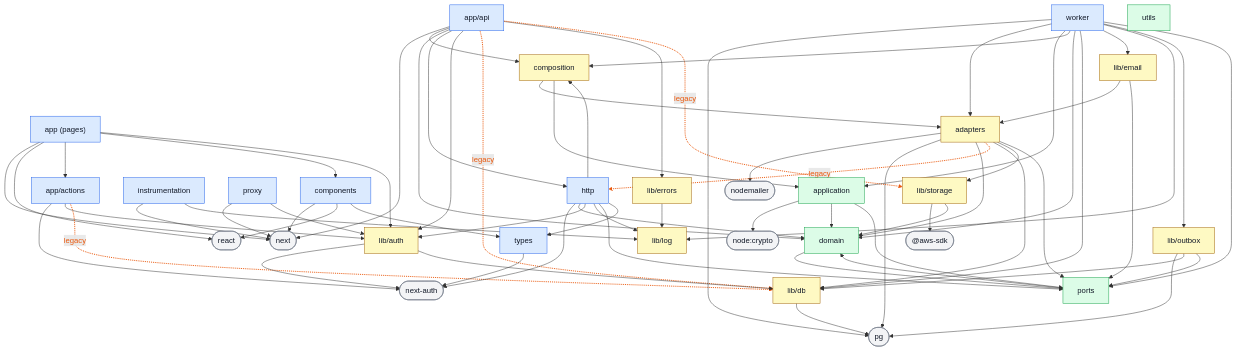
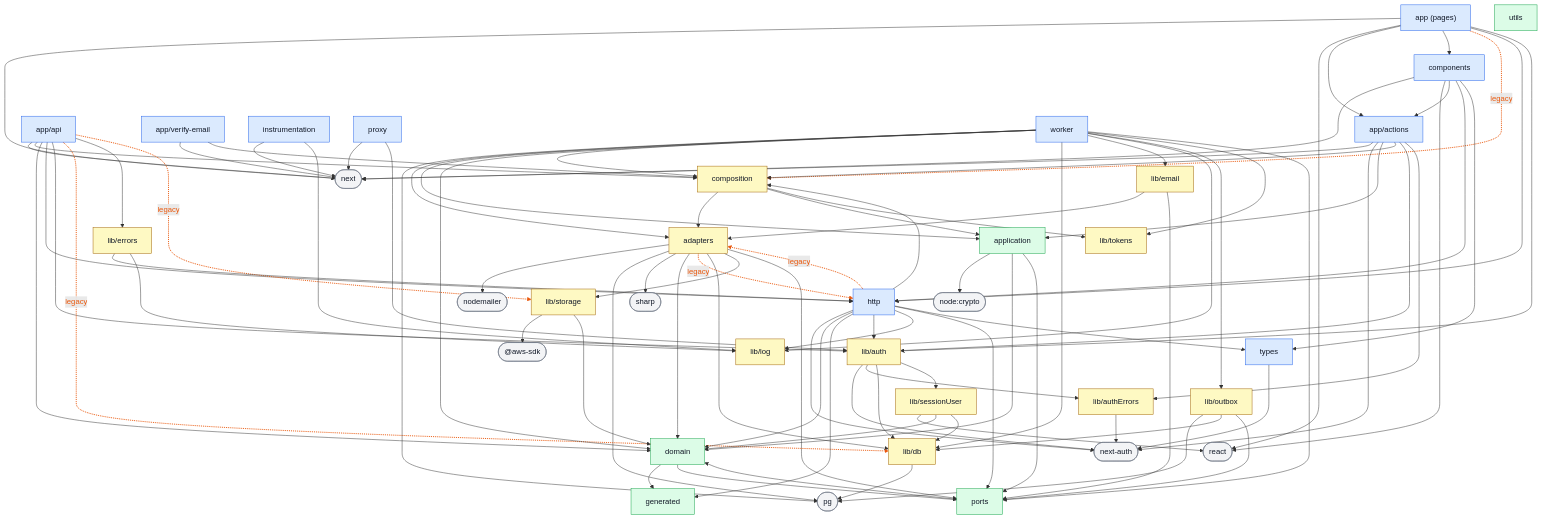
One commit to 2-MORGAN/expense-io changed the diagram in docs/architecture/layers.mmd. Above: the diagram before and after it, drawn with Mermaid. The commit also changed 3 other files, not shown here.

First line of the commit message:
test(architecture): matrice à jour du code de 2-486 et 2-496

```diff
--- a/docs/architecture/layers.mmd
+++ b/docs/architecture/layers.mmd
@@ -1,106 +1,134 @@
 flowchart TB
   %% Généré par npm run generate:architecture (scripts/architecture) : ne pas modifier à la main.
   m_app["app (pages)"]
   m_app_2f_actions["app/actions"]
   m_app_2f_api["app/api"]
+  m_app_2f_verify_2d_email["app/verify-email"]
   m_components["components"]
   m_http["http"]
   m_instrumentation["instrumentation"]
   m_proxy["proxy"]
   m_types["types"]
   m_worker["worker"]
   m_application["application"]
   m_domain["domain"]
+  m_generated["generated"]
   m_ports["ports"]
   m_utils["utils"]
   m_adapters["adapters"]
   m_composition["composition"]
   m_lib_2f_auth["lib/auth"]
+  m_lib_2f_authErrors["lib/authErrors"]
   m_lib_2f_db["lib/db"]
   m_lib_2f_email["lib/email"]
   m_lib_2f_errors["lib/errors"]
   m_lib_2f_log["lib/log"]
   m_lib_2f_outbox["lib/outbox"]
+  m_lib_2f_sessionUser["lib/sessionUser"]
   m_lib_2f_storage["lib/storage"]
+  m_lib_2f_tokens["lib/tokens"]
   p__40_aws_2d_sdk(["@aws-sdk"])
   p_next(["next"])
   p_next_2d_auth(["next-auth"])
   p_node_3a_crypto(["node:crypto"])
   p_nodemailer(["nodemailer"])
   p_pg(["pg"])
   p_react(["react"])
+  p_sharp(["sharp"])
   m_adapters --> p_nodemailer
   m_adapters --> p_pg
+  m_adapters --> p_sharp
   m_adapters --> m_domain
   m_adapters -.->|"legacy"| m_http
   m_adapters --> m_lib_2f_db
   m_adapters --> m_lib_2f_storage
   m_adapters --> m_ports
   m_app --> p_next
   m_app --> p_react
   m_app --> m_app_2f_actions
   m_app --> m_components
+  m_app -.->|"legacy"| m_composition
+  m_app --> m_http
   m_app --> m_lib_2f_auth
+  m_app_2f_actions --> p_next
   m_app_2f_actions --> p_next_2d_auth
+  m_app_2f_actions --> m_application
+  m_app_2f_actions --> m_composition
   m_app_2f_actions --> m_lib_2f_auth
-  m_app_2f_actions -.->|"legacy"| m_lib_2f_db
+  m_app_2f_actions --> m_lib_2f_authErrors
   m_app_2f_api --> p_next
   m_app_2f_api --> m_composition
   m_app_2f_api --> m_domain
   m_app_2f_api --> m_http
   m_app_2f_api --> m_lib_2f_auth
   m_app_2f_api -.->|"legacy"| m_lib_2f_db
   m_app_2f_api --> m_lib_2f_errors
   m_app_2f_api -.->|"legacy"| m_lib_2f_storage
+  m_app_2f_verify_2d_email --> p_next
+  m_app_2f_verify_2d_email --> m_composition
   m_application --> p_node_3a_crypto
   m_application --> m_domain
   m_application --> m_ports
   m_components --> p_next
   m_components --> p_react
+  m_components --> m_app_2f_actions
+  m_components --> m_http
   m_components --> m_types
   m_composition --> m_adapters
   m_composition --> m_application
+  m_composition --> m_lib_2f_tokens
+  m_domain --> m_generated
   m_domain --> m_ports
   m_http --> p_next_2d_auth
+  m_http -.->|"legacy"| m_adapters
   m_http --> m_composition
   m_http --> m_domain
+  m_http --> m_generated
   m_http --> m_lib_2f_auth
   m_http --> m_lib_2f_log
   m_http --> m_ports
   m_http --> m_types
   m_instrumentation --> p_next
   m_instrumentation --> m_lib_2f_log
   m_lib_2f_auth --> p_next_2d_auth
+  m_lib_2f_auth --> m_lib_2f_authErrors
   m_lib_2f_auth --> m_lib_2f_db
+  m_lib_2f_auth --> m_lib_2f_sessionUser
+  m_lib_2f_authErrors --> p_next_2d_auth
   m_lib_2f_db --> p_pg
   m_lib_2f_email --> m_adapters
   m_lib_2f_email --> m_ports
+  m_lib_2f_errors --> m_http
   m_lib_2f_errors --> m_lib_2f_log
   m_lib_2f_outbox --> p_pg
   m_lib_2f_outbox --> m_lib_2f_db
   m_lib_2f_outbox --> m_ports
+  m_lib_2f_sessionUser --> p_react
+  m_lib_2f_sessionUser --> m_domain
+  m_lib_2f_sessionUser --> m_lib_2f_db
   m_lib_2f_storage --> p__40_aws_2d_sdk
   m_lib_2f_storage --> m_domain
   m_ports --> m_domain
   m_proxy --> p_next
   m_proxy --> m_lib_2f_auth
   m_types --> p_next_2d_auth
   m_worker --> p_pg
   m_worker --> m_adapters
   m_worker --> m_application
   m_worker --> m_composition
   m_worker --> m_domain
   m_worker --> m_lib_2f_db
   m_worker --> m_lib_2f_email
   m_worker --> m_lib_2f_log
   m_worker --> m_lib_2f_outbox
+  m_worker --> m_lib_2f_tokens
   m_worker --> m_ports
-  linkStyle 3,14,20,22 stroke:#ea580c,stroke-width:2px,color:#ea580c
+  linkStyle 4,12,26,28,45 stroke:#ea580c,stroke-width:2px,color:#ea580c
   classDef entrees fill:#dbeafe,stroke:#2563eb,color:#111827
-  class m_app,m_app_2f_actions,m_app_2f_api,m_components,m_http,m_instrumentation,m_proxy,m_types,m_worker entrees
+  class m_app,m_app_2f_actions,m_app_2f_api,m_app_2f_verify_2d_email,m_components,m_http,m_instrumentation,m_proxy,m_types,m_worker entrees
   classDef coeur fill:#dcfce7,stroke:#16a34a,color:#111827
-  class m_application,m_domain,m_ports,m_utils coeur
+  class m_application,m_domain,m_generated,m_ports,m_utils coeur
   classDef infra fill:#fef9c3,stroke:#a16207,color:#111827
-  class m_adapters,m_composition,m_lib_2f_auth,m_lib_2f_db,m_lib_2f_email,m_lib_2f_errors,m_lib_2f_log,m_lib_2f_outbox,m_lib_2f_storage infra
+  class m_adapters,m_composition,m_lib_2f_auth,m_lib_2f_authErrors,m_lib_2f_db,m_lib_2f_email,m_lib_2f_errors,m_lib_2f_log,m_lib_2f_outbox,m_lib_2f_sessionUser,m_lib_2f_storage,m_lib_2f_tokens infra
   classDef paquet fill:#f3f4f6,stroke:#6b7280,color:#111827
-  class p__40_aws_2d_sdk,p_next,p_next_2d_auth,p_node_3a_crypto,p_nodemailer,p_pg,p_react paquet
+  class p__40_aws_2d_sdk,p_next,p_next_2d_auth,p_node_3a_crypto,p_nodemailer,p_pg,p_react,p_sharp paquet
```
